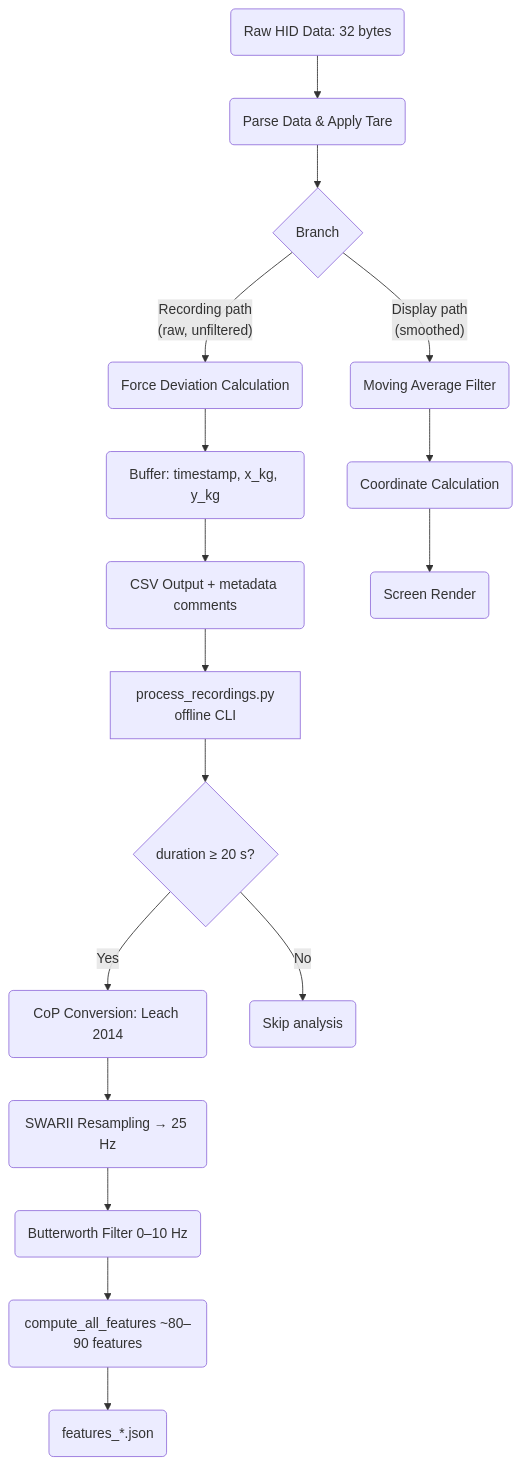
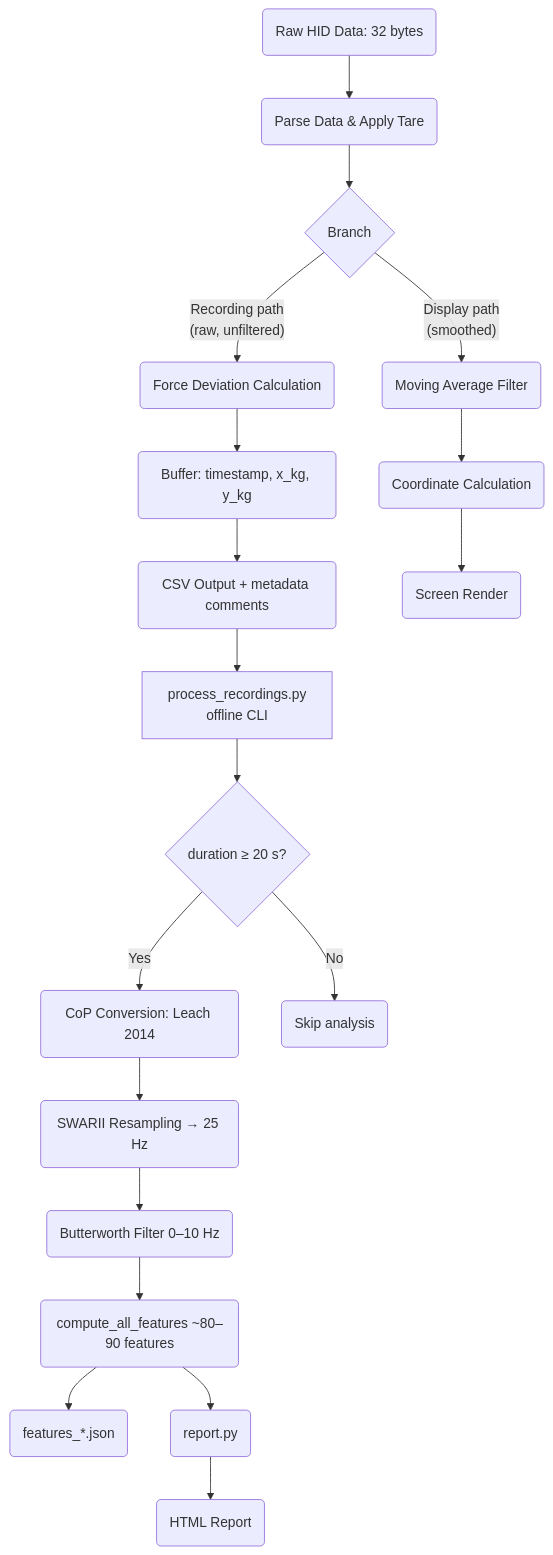
The diagram in Docs/DATA_PIPELINE.md (NeuroRehack/WIIBBLE), drawn with Mermaid before and after one commit. The commit also changed other lines of this file and 13 other files, not shown here.

````diff
--- a/Docs/DATA_PIPELINE.md
+++ b/Docs/DATA_PIPELINE.md
@@ -7,19 +12,21 @@
 ```mermaid
 flowchart TD
     A(Raw HID Data: 32 bytes) --> B(Parse Data & Apply Tare)
     B --> C{Branch}
     C -- "Recording path<br>(raw, unfiltered)" --> D(Force Deviation Calculation)
     D --> E(Buffer: timestamp, x_kg, y_kg)
     E --> F(CSV Output + metadata comments)
     F --> G[process_recordings.py\noffline CLI]
     G --> H{duration ≥ 20 s?}
     H -- Yes --> I(CoP Conversion: Leach 2014)
     I --> J(SWARII Resampling → 25 Hz)
     J --> K(Butterworth Filter 0–10 Hz)
     K --> L(compute_all_features ~80–90 features)
     L --> M(features_*.json)
+    L --> R(report.py)
+    R --> S(HTML Report)
     H -- No --> N(Skip analysis)
     C -- "Display path<br>(smoothed)" --> O(Moving Average Filter)
     O --> P(Coordinate Calculation)
     P --> Q(Screen Render)
 ```
````
